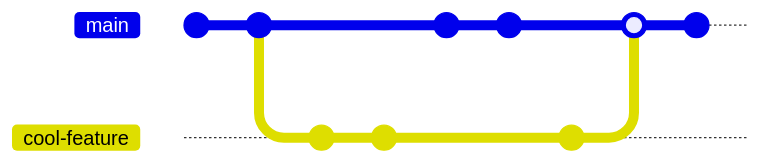
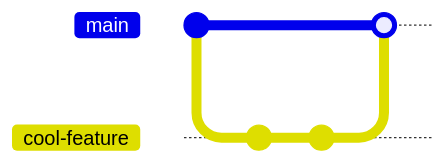
Before and after one commit to frc2204/ramdocs: the seventh of 7 diagrams in docs/programming/version-control/git-in-action-multiple.md, drawn with Mermaid. The commit also changed 2 other files, not shown here. Commit ids are hidden.

Commit message:
Reduce gitGraph size

````diff
--- a/docs/programming/version-control/git-in-action-multiple.md
+++ b/docs/programming/version-control/git-in-action-multiple.md
@@ -185,18 +185,12 @@
 ```mermaid
 gitGraph
-    commit
     commit
     branch cool-feature
     checkout cool-feature
     commit
-    commit
     checkout main
-    commit
-    commit
     checkout cool-feature
     commit
     checkout main
     merge cool-feature
-    commit
-    
 ```
````
